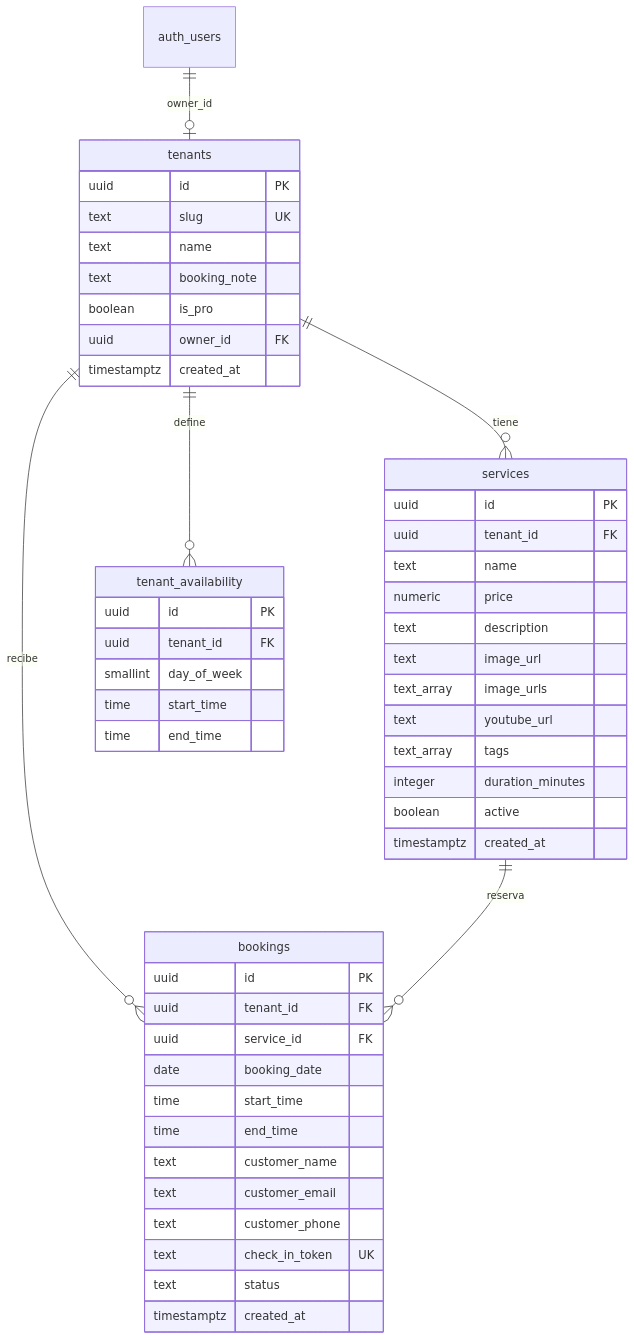
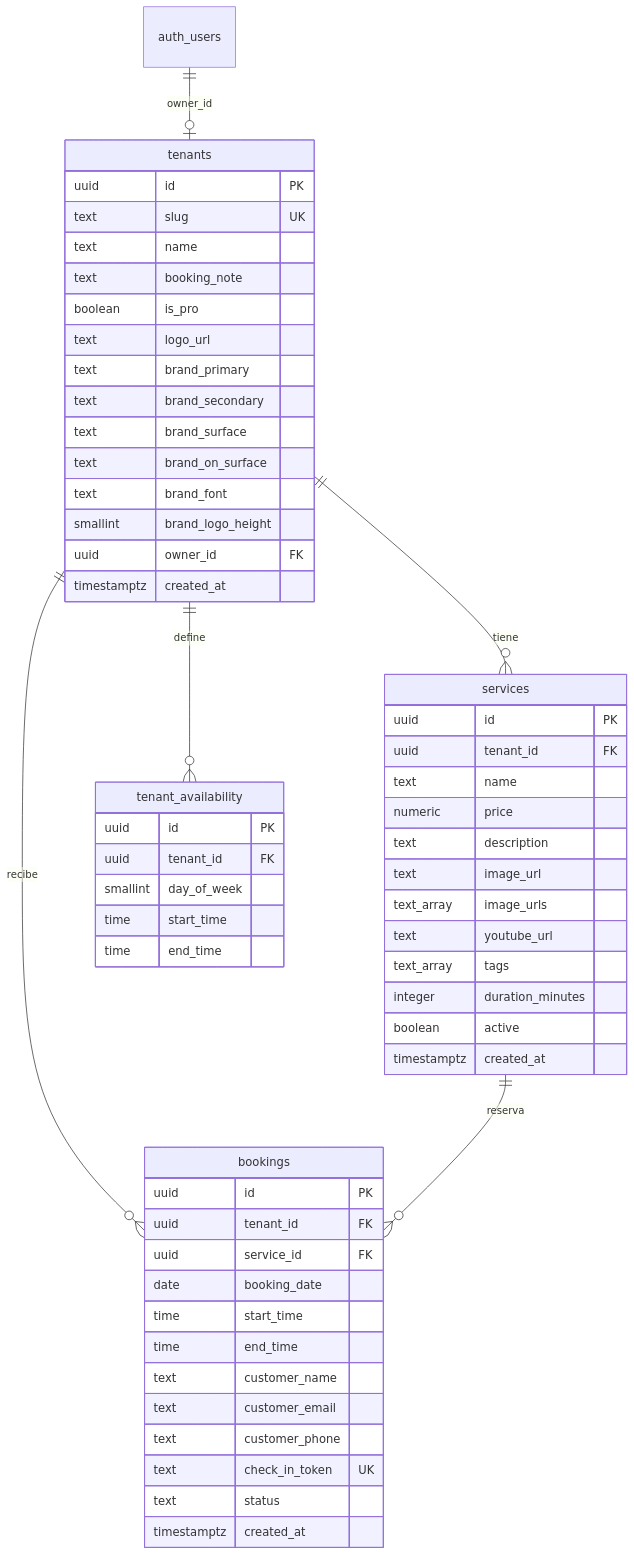
The diagram in fastbook-roadmap.md (Manoplo/fastbook), drawn with Mermaid before and after one commit. The commit also changed other lines of this file and 33 other files, not shown here.

````diff
--- a/fastbook-roadmap.md
+++ b/fastbook-roadmap.md
@@ -183,56 +193,63 @@
 ```mermaid
 erDiagram
   auth_users ||--o| tenants : "owner_id"
   tenants ||--o{ services : "tiene"
   tenants ||--o{ tenant_availability : "define"
   tenants ||--o{ bookings : "recibe"
   services ||--o{ bookings : "reserva"
 
   tenants {
     uuid id PK
     text slug UK
     text name
     text booking_note
     boolean is_pro
+    text logo_url
+    text brand_primary
+    text brand_secondary
+    text brand_surface
+    text brand_on_surface
+    text brand_font
+    smallint brand_logo_height
     uuid owner_id FK
     timestamptz created_at
   }
 
   services {
     uuid id PK
     uuid tenant_id FK
     text name
     numeric price
     text description
     text image_url
     text_array image_urls
     text youtube_url
     text_array tags
     integer duration_minutes
     boolean active
     timestamptz created_at
   }
 
   tenant_availability {
     uuid id PK
     uuid tenant_id FK
     smallint day_of_week
     time start_time
     time end_time
   }
 
   bookings {
     uuid id PK
     uuid tenant_id FK
     uuid service_id FK
     date booking_date
     time start_time
     time end_time
     text customer_name
     text customer_email
     text customer_phone
     text check_in_token UK
     text status
     timestamptz created_at
   }
 ```
````
